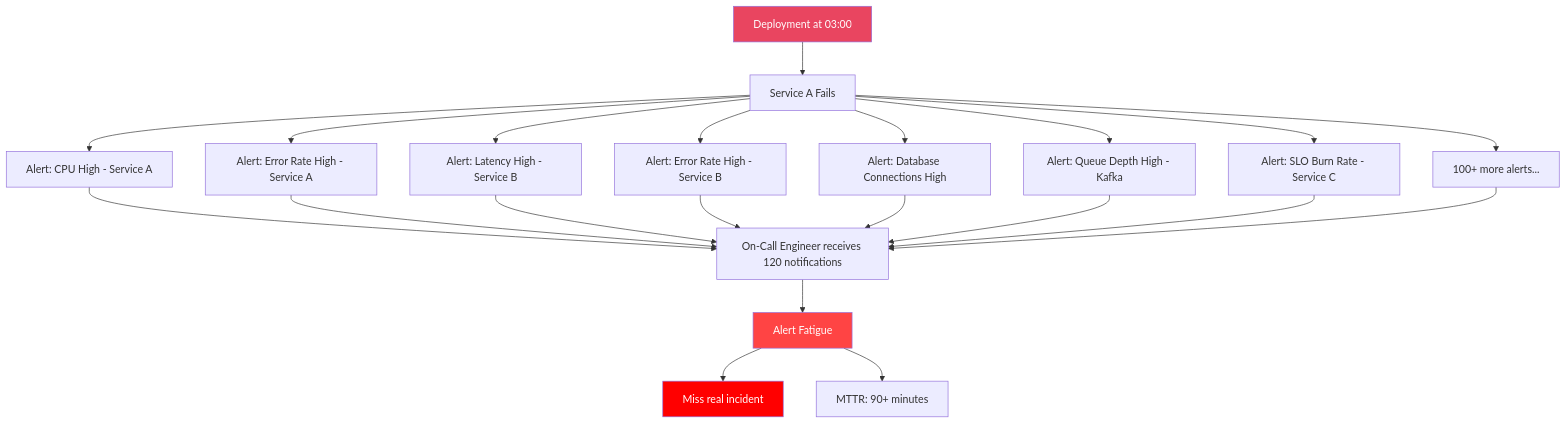
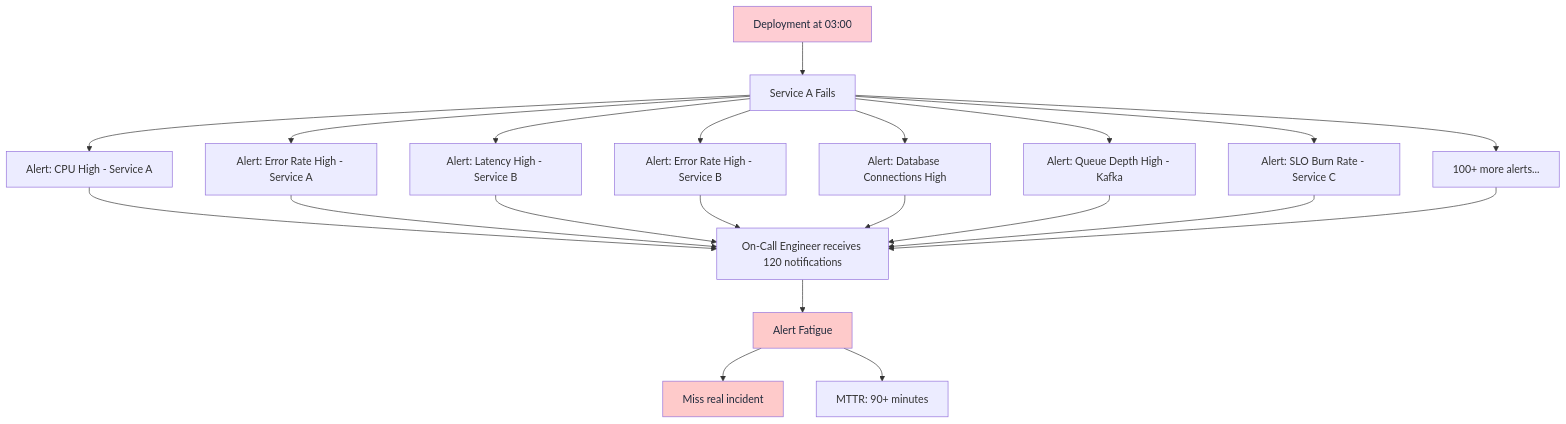
One commit to XUanhoa04/aiops-engineering-handbook changed the first of 10 diagrams in docs/en/00-introduction.md. Above: the diagram before and after it, drawn with Mermaid. The commit also changed other lines of this file and 39 other files, not shown here.

First line of the commit message:
docs: concept-first Ch.08-12, collapse code, soft Mermaid colors

````diff
--- a/docs/en/00-introduction.md
+++ b/docs/en/00-introduction.md
@@ -134,29 +134,29 @@
 ```mermaid
 graph TD
     DEP[Deployment at 03:00] --> FAIL[Service A Fails]
     FAIL --> C1[Alert: CPU High - Service A]
     FAIL --> C2[Alert: Error Rate High - Service A]
     FAIL --> C3[Alert: Latency High - Service B]
     FAIL --> C4[Alert: Error Rate High - Service B]
     FAIL --> C5[Alert: Database Connections High]
     FAIL --> C6[Alert: Queue Depth High - Kafka]
     FAIL --> C7[Alert: SLO Burn Rate - Service C]
     FAIL --> C8[100+ more alerts...]
 
     C1 --> ENG[On-Call Engineer receives 120 notifications]
     C2 --> ENG
     C3 --> ENG
     C4 --> ENG
     C5 --> ENG
     C6 --> ENG
     C7 --> ENG
     C8 --> ENG
 
     ENG --> FATIGUE[Alert Fatigue]
     FATIGUE --> MISS[Miss real incident]
     FATIGUE --> DELAY[MTTR: 90+ minutes]
 
-    style DEP fill:#e94560,color:#fff
-    style FATIGUE fill:#ff4444,color:#fff
-    style MISS fill:#ff0000,color:#fff
+    style DEP fill:#fecdd3,color:#1e293b
+    style FATIGUE fill:#fecaca,color:#1e293b
+    style MISS fill:#fecaca,color:#1e293b
 ```
````
